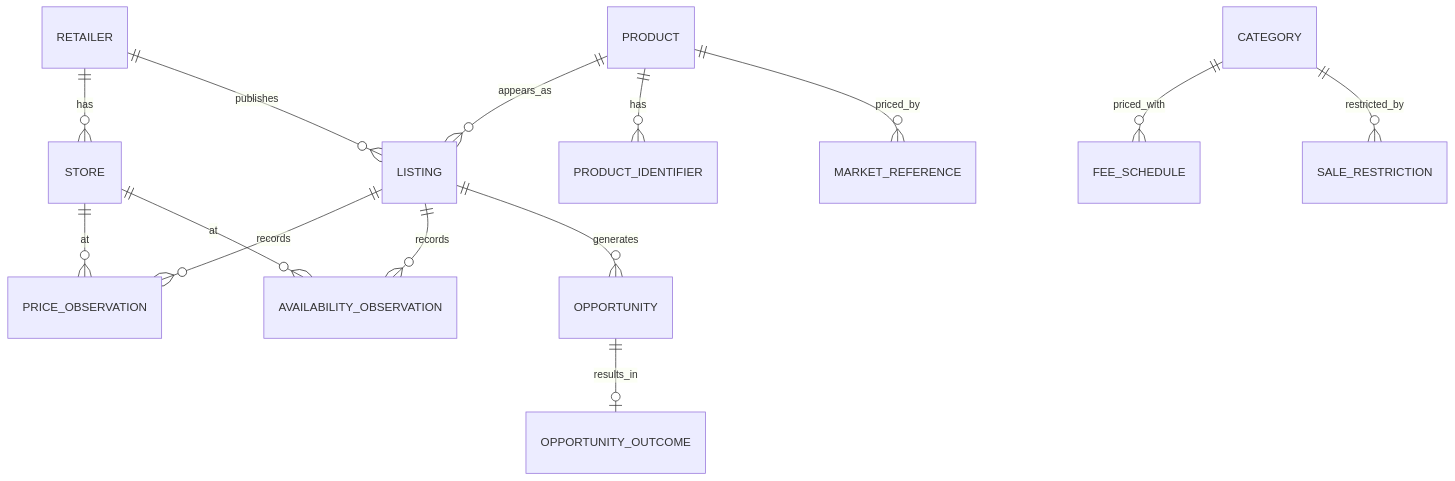
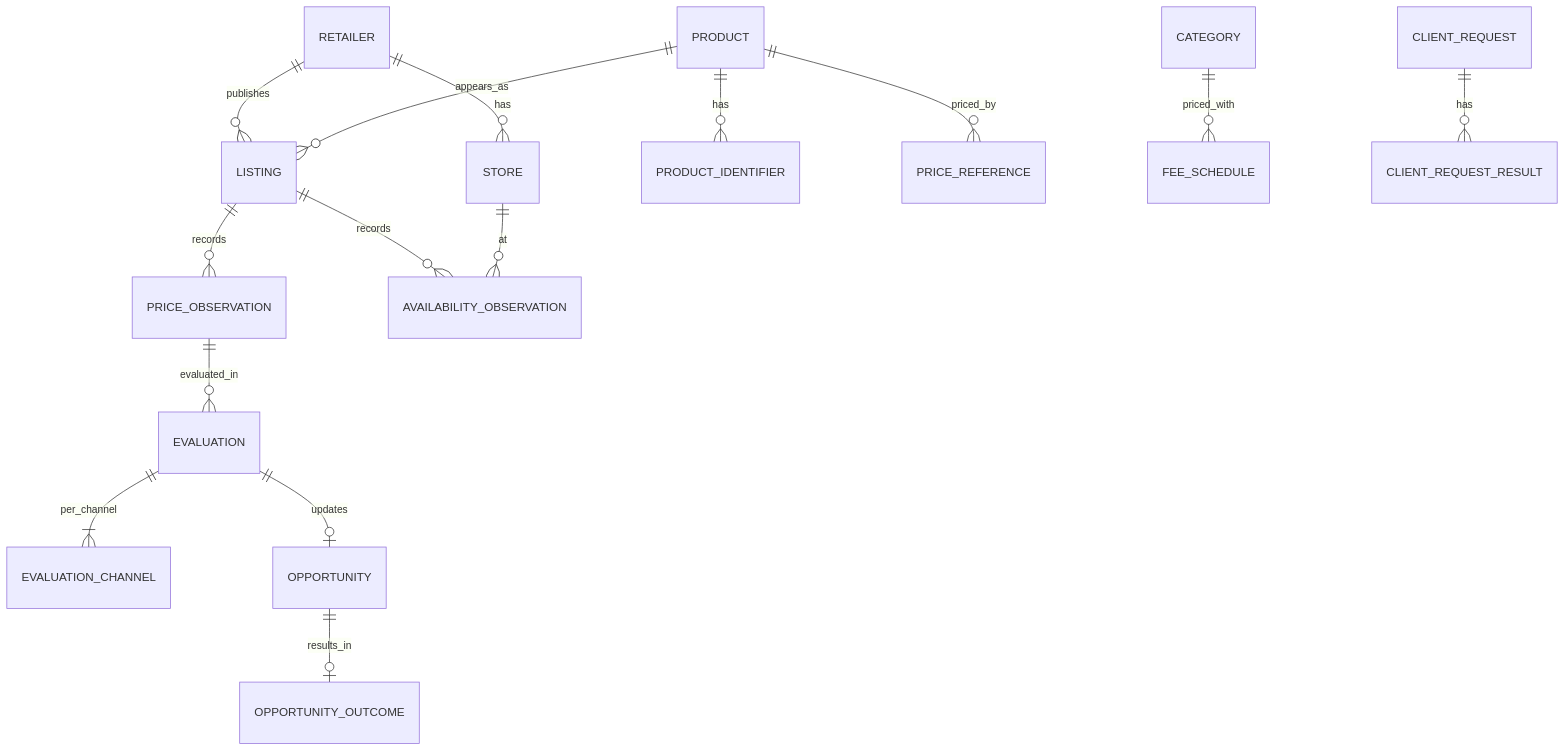
Before and after one commit to jjrm2004mx/Offer-Intelligence-Platform-OIP: the third of 3 diagrams in docs/arquitectura/arquitectura-tecnica.md, drawn with Mermaid. The commit also changed other lines of this file and 5 other files, not shown here.

````diff
--- a/docs/arquitectura/arquitectura-tecnica.md
+++ b/docs/arquitectura/arquitectura-tecnica.md
@@ -611,16 +600,17 @@
 ```mermaid
 erDiagram
     RETAILER ||--o{ STORE : has
     RETAILER ||--o{ LISTING : publishes
     PRODUCT ||--o{ LISTING : appears_as
     PRODUCT ||--o{ PRODUCT_IDENTIFIER : has
-    PRODUCT ||--o{ MARKET_REFERENCE : priced_by
+    PRODUCT ||--o{ PRICE_REFERENCE : priced_by
     LISTING ||--o{ PRICE_OBSERVATION : records
     LISTING ||--o{ AVAILABILITY_OBSERVATION : records
-    STORE ||--o{ PRICE_OBSERVATION : at
     STORE ||--o{ AVAILABILITY_OBSERVATION : at
-    LISTING ||--o{ OPPORTUNITY : generates
+    PRICE_OBSERVATION ||--o{ EVALUATION : evaluated_in
+    EVALUATION ||--|{ EVALUATION_CHANNEL : per_channel
+    EVALUATION ||--o| OPPORTUNITY : updates
     OPPORTUNITY ||--o| OPPORTUNITY_OUTCOME : results_in
     CATEGORY ||--o{ FEE_SCHEDULE : priced_with
-    CATEGORY ||--o{ SALE_RESTRICTION : restricted_by
+    CLIENT_REQUEST ||--o{ CLIENT_REQUEST_RESULT : has
 ```
````
